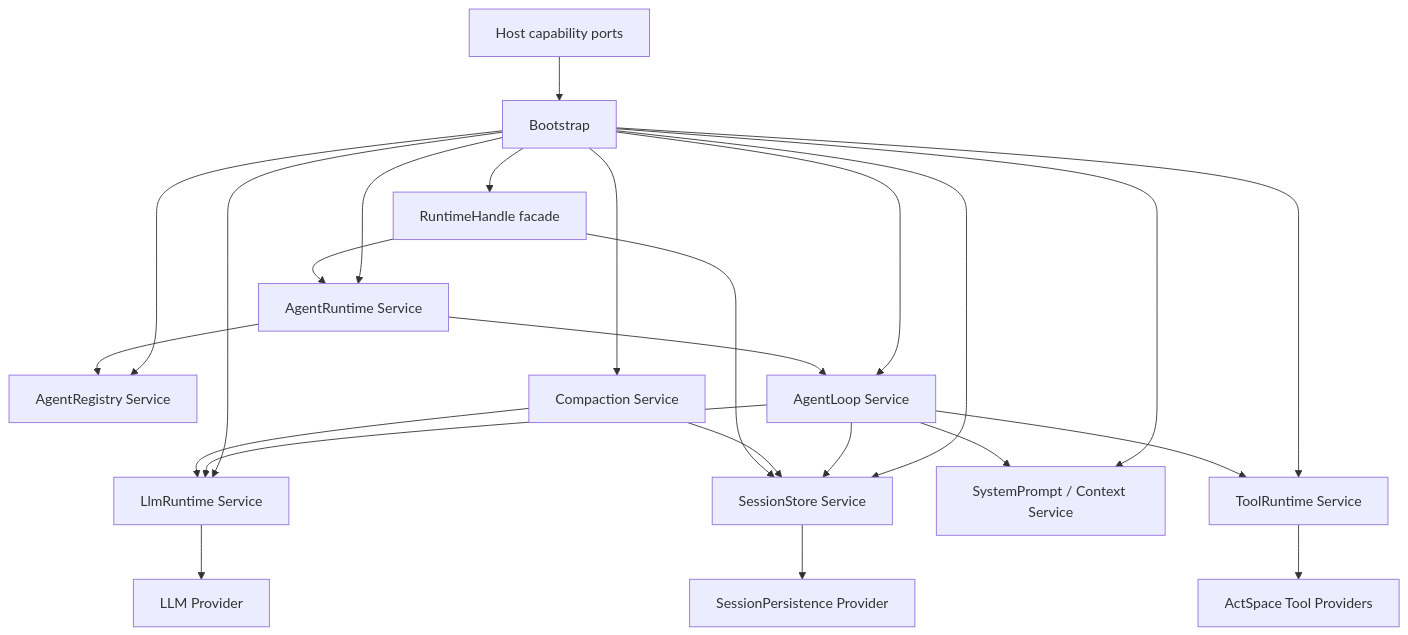
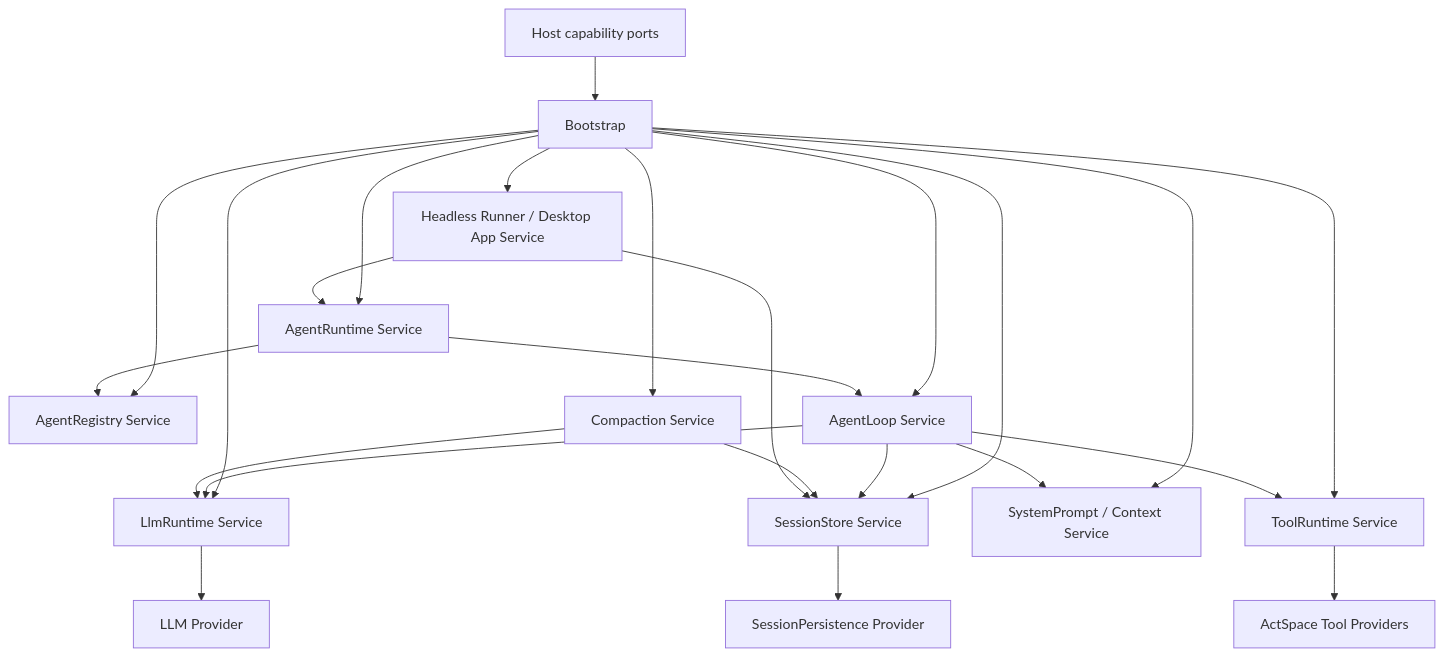
One commit to WakeUp-Jin/actspace-agent changed the diagram in docs/design-docs/agent-plugin-runtime/agent-spec-core-cordis-services.md. Above: the diagram before and after it, drawn with Mermaid. The commit also changed other lines of this file and 489 other files, not shown here.

````diff
--- a/docs/design-docs/agent-plugin-runtime/agent-spec-core-cordis-services.md
+++ b/docs/design-docs/agent-plugin-runtime/agent-spec-core-cordis-services.md
@@ -95,26 +97,26 @@
 ```mermaid
 flowchart TD
   HOST[Host capability ports] --> BOOT[Bootstrap]
   BOOT --> SESSION[SessionStore Service]
   SESSION --> PERSIST[SessionPersistence Provider]
   BOOT --> LLM[LlmRuntime Service]
   LLM --> LLM_PROVIDER[LLM Provider]
   BOOT --> PROMPT[SystemPrompt / Context Service]
   BOOT --> TOOLS[ToolRuntime Service]
   TOOLS --> TOOL_PROVIDER[ActSpace Tool Providers]
   BOOT --> REGISTRY[AgentRegistry Service]
   BOOT --> LOOP[AgentLoop Service]
   LOOP --> SESSION
   LOOP --> LLM
   LOOP --> PROMPT
   LOOP --> TOOLS
   BOOT --> COMPACTION[Compaction Service]
   COMPACTION --> SESSION
   COMPACTION --> LLM
   BOOT --> AGENT_RUNTIME[AgentRuntime Service]
   AGENT_RUNTIME --> REGISTRY
   AGENT_RUNTIME --> LOOP
-  BOOT --> FACADE[RuntimeHandle facade]
+  BOOT --> FACADE[Headless Runner / Desktop App Service]
   FACADE --> AGENT_RUNTIME
   FACADE --> SESSION
 ```
````
